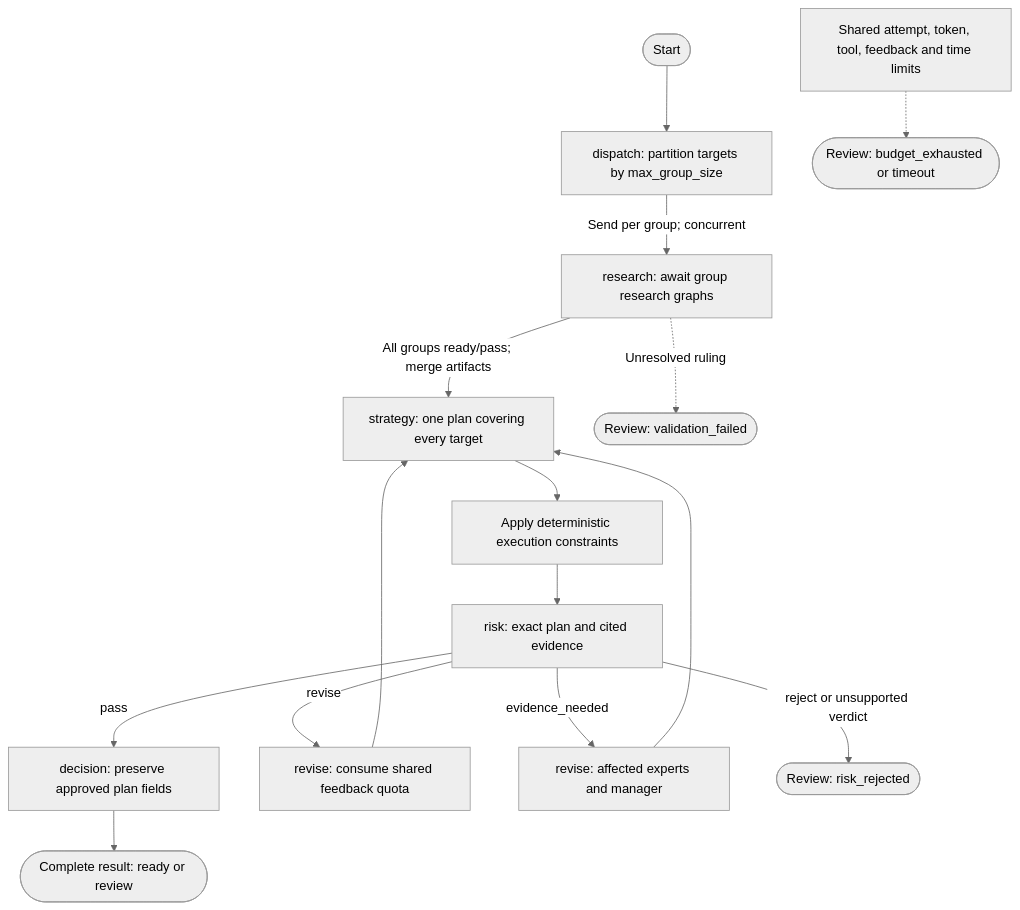
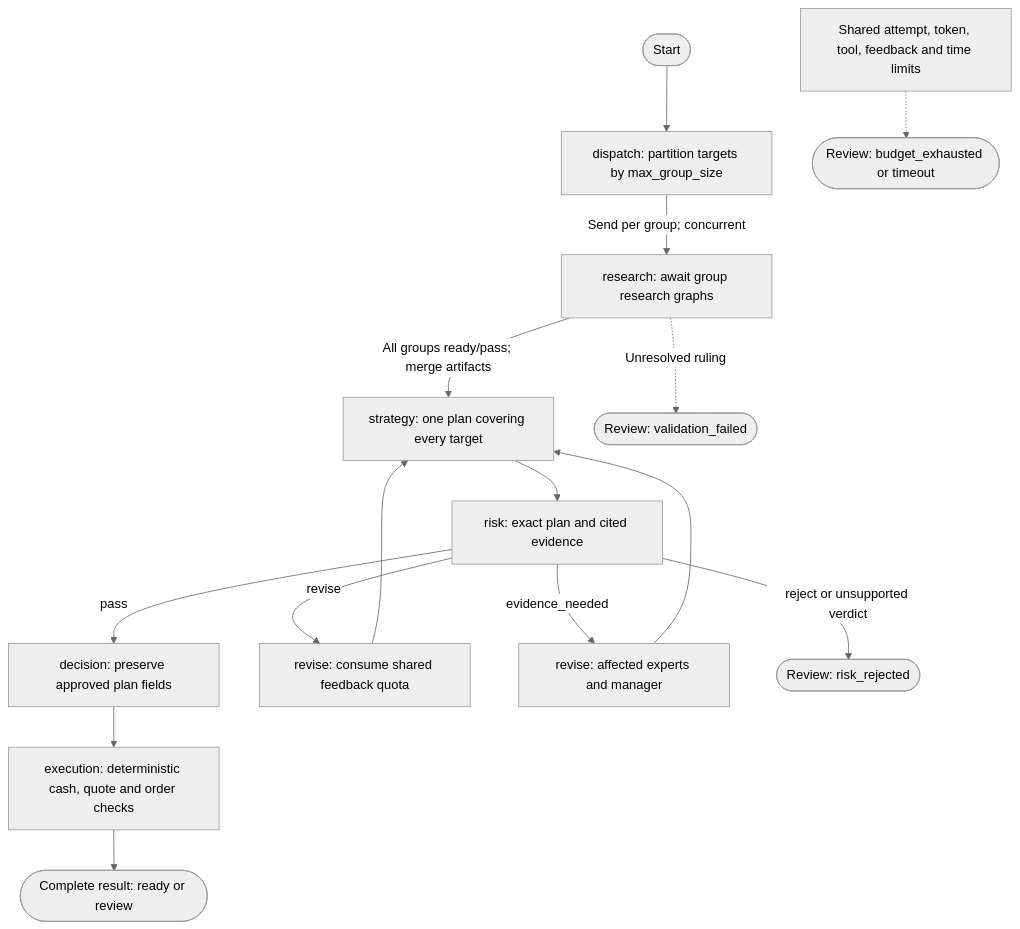
Before and after one commit to TNT-Likely/PanWatch: the second of 5 diagrams in packages/pan-investment-research/README.md, drawn with Mermaid (neutral theme). The commit also changed other lines of this file and 47 other files, not shown here.

````diff
--- a/packages/pan-investment-research/README.md
+++ b/packages/pan-investment-research/README.md
@@ -91,18 +91,18 @@
 ```mermaid
 flowchart TD
     START(["Start"]) --> DISPATCH["dispatch: partition targets by max_group_size"]
     DISPATCH -->|"Send per group; concurrent"| RESEARCH["research: await group research graphs"]
     RESEARCH -->|"All groups ready/pass; merge artifacts"| STRATEGY["strategy: one plan covering every target"]
-    STRATEGY --> CONSTRAINTS["Apply deterministic execution constraints"]
-    CONSTRAINTS --> RISK["risk: exact plan and cited evidence"]
+    STRATEGY --> RISK["risk: exact plan and cited evidence"]
     RISK -->|"pass"| DECISION["decision: preserve approved plan fields"]
-    DECISION --> COMPLETE(["Complete result: ready or review"])
+    DECISION --> EXECUTION["execution: deterministic cash, quote and order checks"]
+    EXECUTION --> COMPLETE(["Complete result: ready or review"])
     RISK -->|"revise"| REVISE["revise: consume shared feedback quota"]
     REVISE --> STRATEGY
     RISK -->|"evidence_needed"| PATCH["revise: affected experts and manager"]
     PATCH --> STRATEGY
     RISK -->|"reject or unsupported verdict"| REJECT(["Review: risk_rejected"])
     RESEARCH -.->|"Unresolved ruling"| INVALID(["Review: validation_failed"])
     GUARD["Shared attempt, token, tool, feedback and time limits"]
     GUARD -.-> STOP(["Review: budget_exhausted or timeout"])
 ```
````
